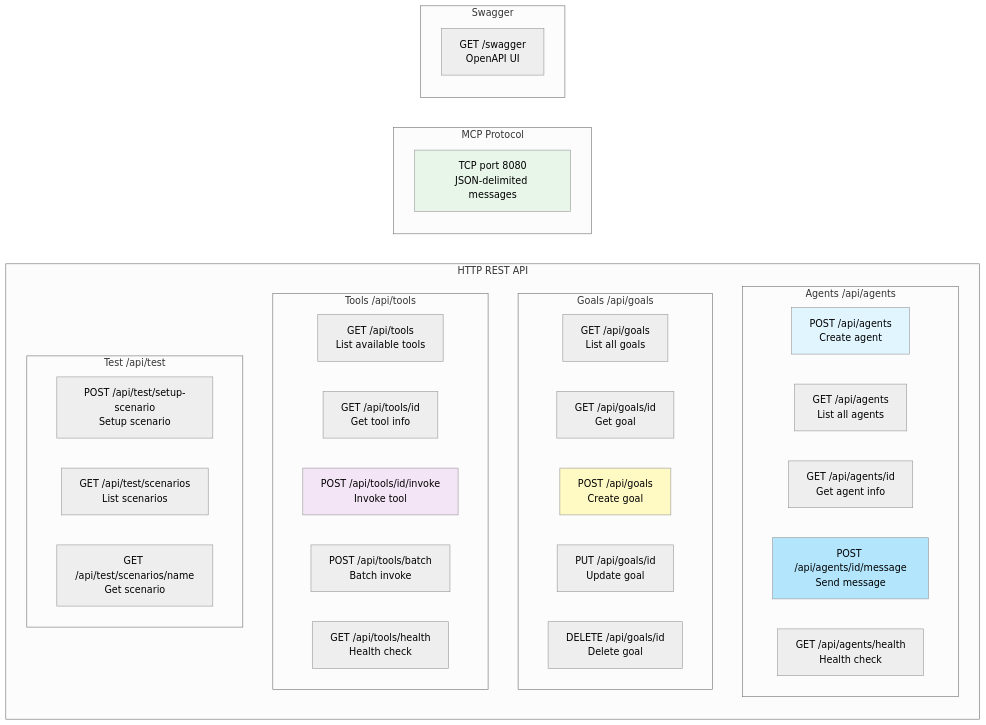
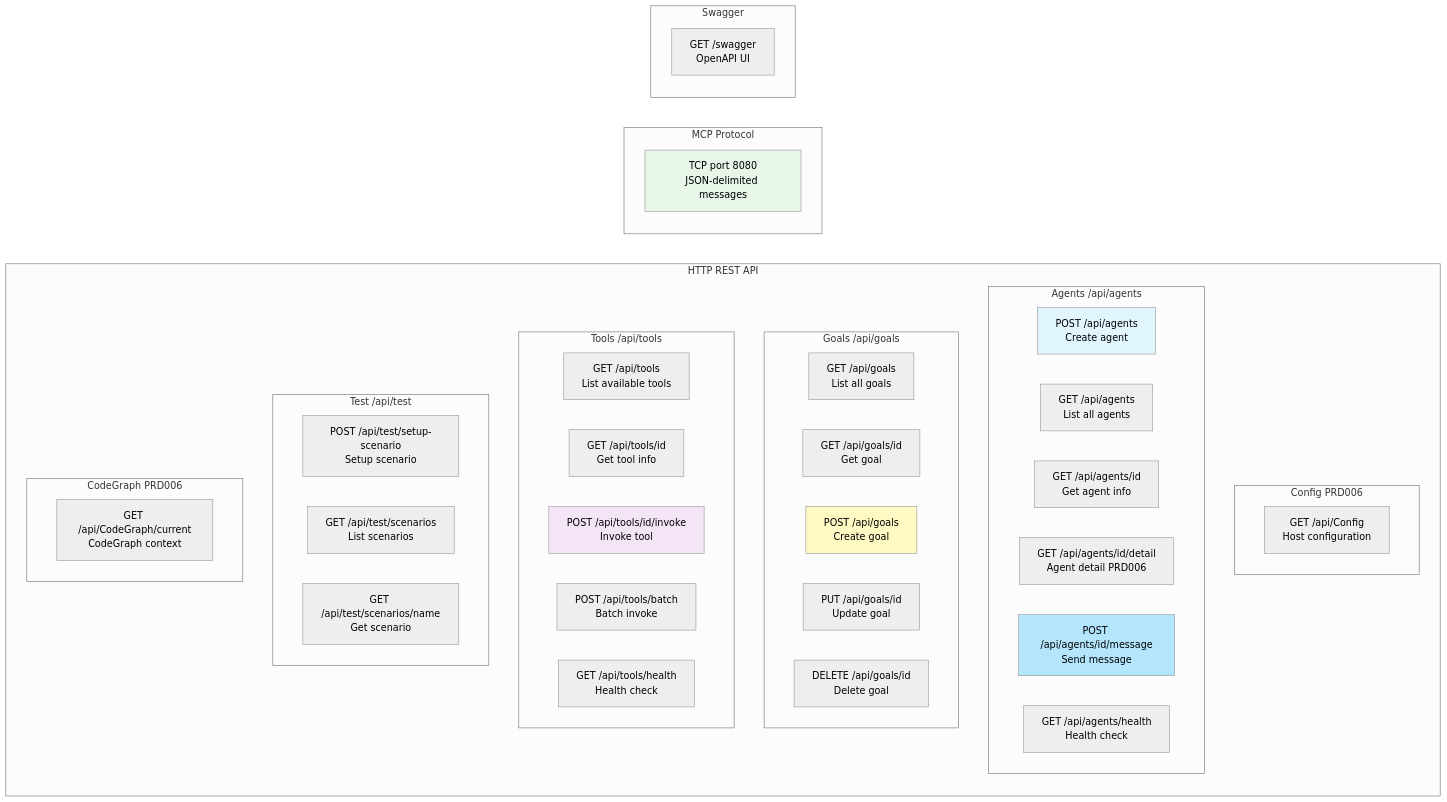
One commit to rahamohebbi/Agctor changed the diagram in AgctorSDK.Host/docs/endpoints-diagram.mmd. Above: the diagram before and after it, drawn with Mermaid (neutral theme). The commit also changed 36 other files, not shown here.

First line of the commit message:
Implements Host Configuration Dashboard (PRD-006)

```diff
--- a/AgctorSDK.Host/docs/endpoints-diagram.mmd
+++ b/AgctorSDK.Host/docs/endpoints-diagram.mmd
@@ -1,46 +1,55 @@
 graph LR
     subgraph "HTTP REST API"
+        subgraph "Config PRD006"
+            GetConfig["GET /api/Config<br/>Host configuration"]
+        end
+
         subgraph "Agents /api/agents"
             CreateAgent["POST /api/agents<br/>Create agent"]
             ListAgents["GET /api/agents<br/>List all agents"]
             GetAgent["GET /api/agents/id<br/>Get agent info"]
+            GetAgentDetail["GET /api/agents/id/detail<br/>Agent detail PRD006"]
             SendMsg["POST /api/agents/id/message<br/>Send message"]
             AgentHealth["GET /api/agents/health<br/>Health check"]
         end
 
         subgraph "Goals /api/goals"
             ListGoals["GET /api/goals<br/>List all goals"]
             GetGoal["GET /api/goals/id<br/>Get goal"]
             CreateGoal["POST /api/goals<br/>Create goal"]
             UpdateGoal["PUT /api/goals/id<br/>Update goal"]
             DeleteGoal["DELETE /api/goals/id<br/>Delete goal"]
         end
 
         subgraph "Tools /api/tools"
             ListTools["GET /api/tools<br/>List available tools"]
             GetTool["GET /api/tools/id<br/>Get tool info"]
             InvokeTool["POST /api/tools/id/invoke<br/>Invoke tool"]
             BatchInvoke["POST /api/tools/batch<br/>Batch invoke"]
             ToolHealth["GET /api/tools/health<br/>Health check"]
         end
 
         subgraph "Test /api/test"
             SetupScenario["POST /api/test/setup-scenario<br/>Setup scenario"]
             ListScenarios["GET /api/test/scenarios<br/>List scenarios"]
             GetScenario["GET /api/test/scenarios/name<br/>Get scenario"]
         end
+
+        subgraph "CodeGraph PRD006"
+            GetCodeGraph["GET /api/CodeGraph/current<br/>CodeGraph context"]
+        end
     end
 
     subgraph "MCP Protocol"
         McpTcp["TCP port 8080<br/>JSON-delimited messages"]
     end
 
     subgraph "Swagger"
         SwaggerUI["GET /swagger<br/>OpenAPI UI"]
     end
 
     style CreateAgent fill:#e1f5ff
     style SendMsg fill:#b3e5fc
     style CreateGoal fill:#fff9c4
     style InvokeTool fill:#f3e5f5
     style McpTcp fill:#e8f5e9
```
